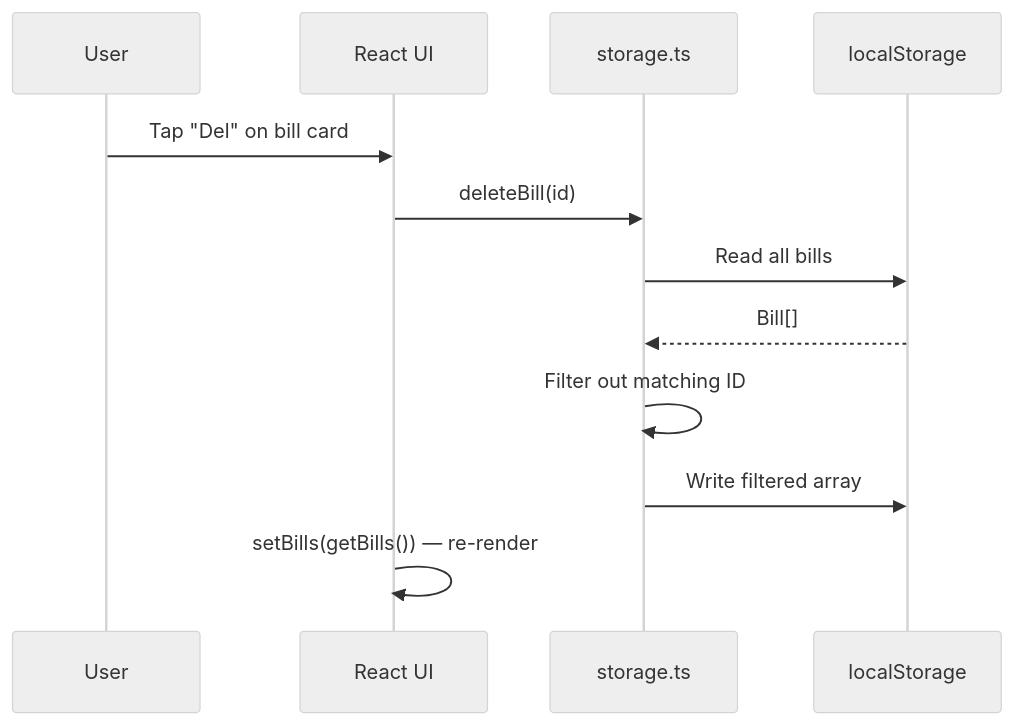
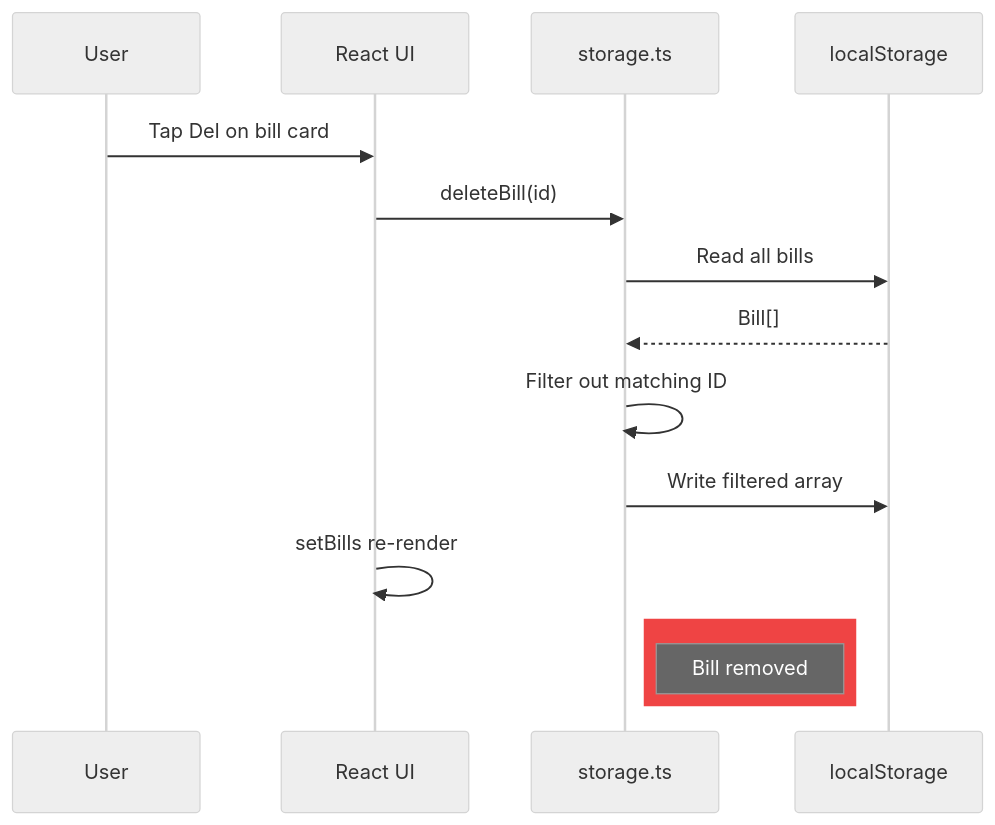
Before and after one commit to sanjanb/bill-buddy: the tenth of 11 diagrams in ARCHITECTURE.md, drawn with Mermaid (neutral theme). The commit also changed other lines of this file, not shown here.

Commit message:
docs: update ARCHITECTURE.md with styled Mermaid diagrams and refined descriptions

````diff
--- a/ARCHITECTURE.md
+++ b/ARCHITECTURE.md
@@ -282,15 +353,19 @@
 ```mermaid
 sequenceDiagram
     participant U as User
     participant R as React UI
     participant S as storage.ts
     participant LS as localStorage
 
-    U->>R: Tap "Del" on bill card
+    U->>R: Tap Del on bill card
     R->>S: deleteBill(id)
     S->>LS: Read all bills
     LS-->>S: Bill[]
     S->>S: Filter out matching ID
     S->>LS: Write filtered array
-    R->>R: setBills(getBills()) — re-render
+    R->>R: setBills re-render
+
+    rect rgb(239, 68, 68)
+    Note right of S: Bill removed
+    end
 ```
````
